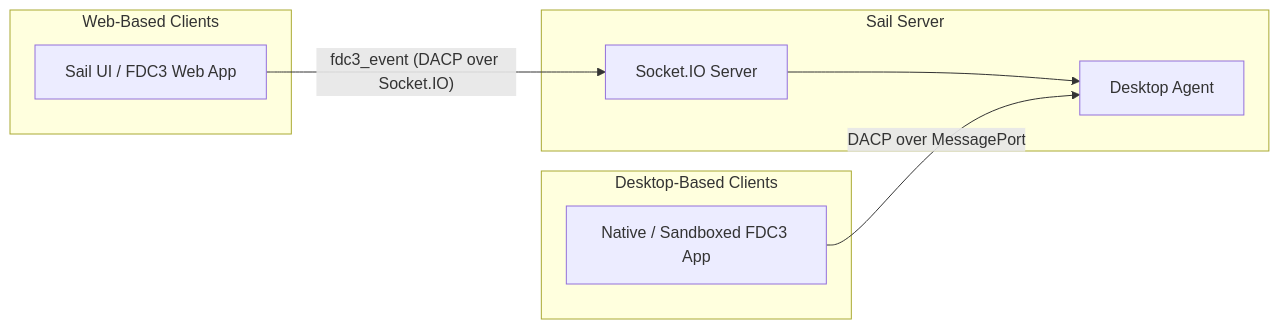
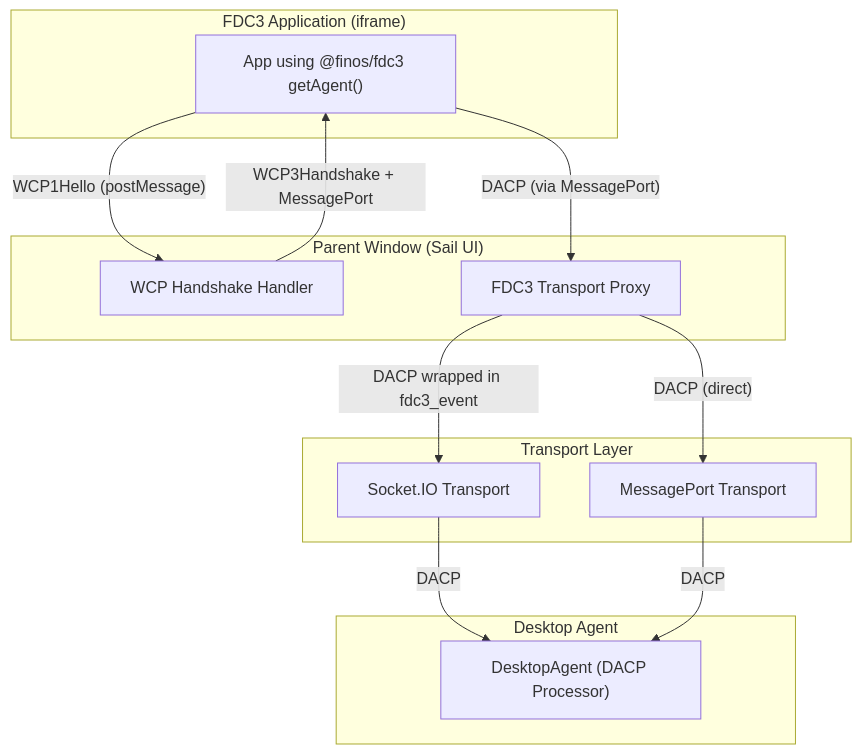
One commit to SeeWhatsOn/FDC3-Sail changed the second of 5 diagrams in docs/SYSTEM_ARCHITECTURE.md. Above: the diagram before and after it, drawn with Mermaid. The commit also changed other lines of this file, not shown here.

First line of the commit message:
docs(SYSTEM_ARCHITECTURE): update transport section to reflect FDC3 transport abstraction and implementation details

````diff
--- a/docs/SYSTEM_ARCHITECTURE.md
+++ b/docs/SYSTEM_ARCHITECTURE.md
@@ -84,17 +84,28 @@
 ```mermaid
-flowchart LR
-    subgraph "Web-Based Clients"
-        WB["Sail UI / FDC3 Web App"]
-    end
-    subgraph "Desktop-Based Clients"
-        DB["Native / Sandboxed FDC3 App"]
-    end
-    subgraph "Sail Server"
-        SS["Socket.IO Server"]
-        DA["Desktop Agent"]
+flowchart TB
+    subgraph "FDC3 Application (iframe)"
+        APP["App using @finos/fdc3 getAgent()"]
     end
 
-    WB -- "fdc3_event (DACP over Socket.IO)" --> SS
-    SS --> DA
-    DB -- "DACP over MessagePort" --> DA
+    subgraph "Parent Window (Sail UI)"
+        WCP["WCP Handshake Handler"]
+        PROXY["FDC3 Transport Proxy"]
+    end
+
+    subgraph "Transport Layer"
+        SOCKETIO["Socket.IO Transport"]
+        MSGPORT["MessagePort Transport"]
+    end
+
+    subgraph "Desktop Agent"
+        DA["DesktopAgent (DACP Processor)"]
+    end
+
+    APP -- "WCP1Hello (postMessage)" --> WCP
+    WCP -- "WCP3Handshake + MessagePort" --> APP
+    APP -- "DACP (via MessagePort)" --> PROXY
+    PROXY -- "DACP wrapped in fdc3_event" --> SOCKETIO
+    PROXY -- "DACP (direct)" --> MSGPORT
+    SOCKETIO -- "DACP" --> DA
+    MSGPORT -- "DACP" --> DA
 ```
````
